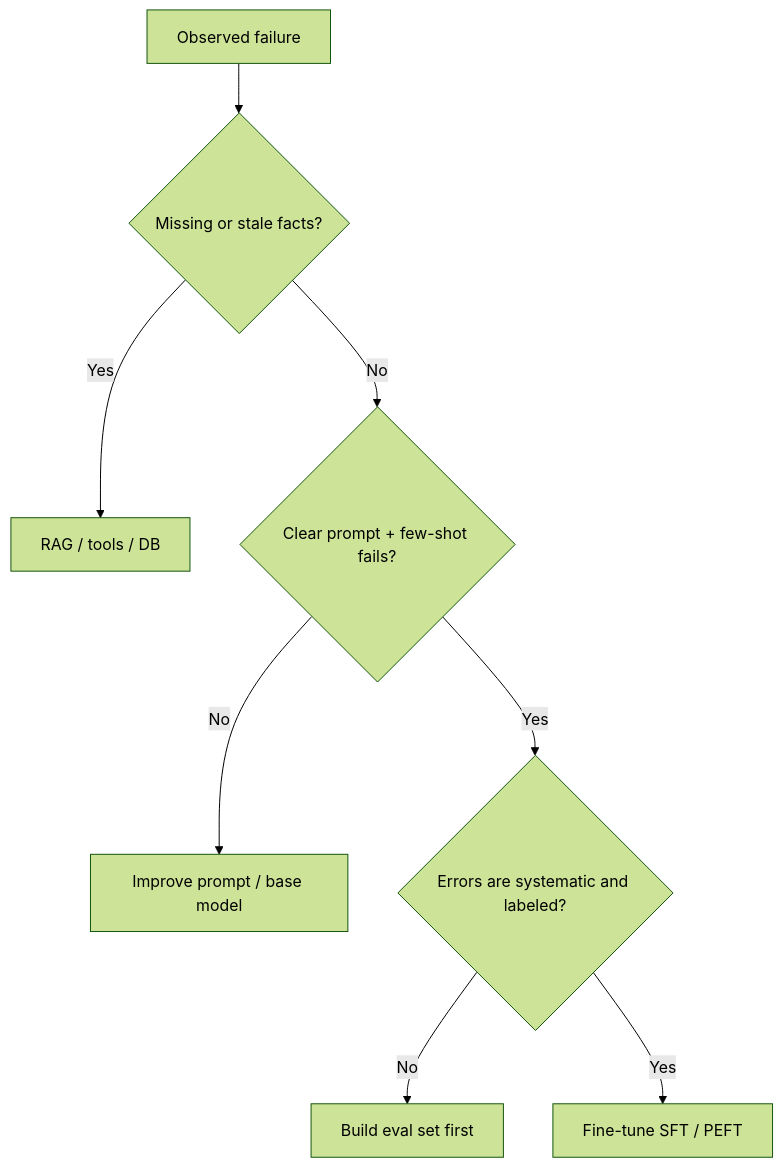
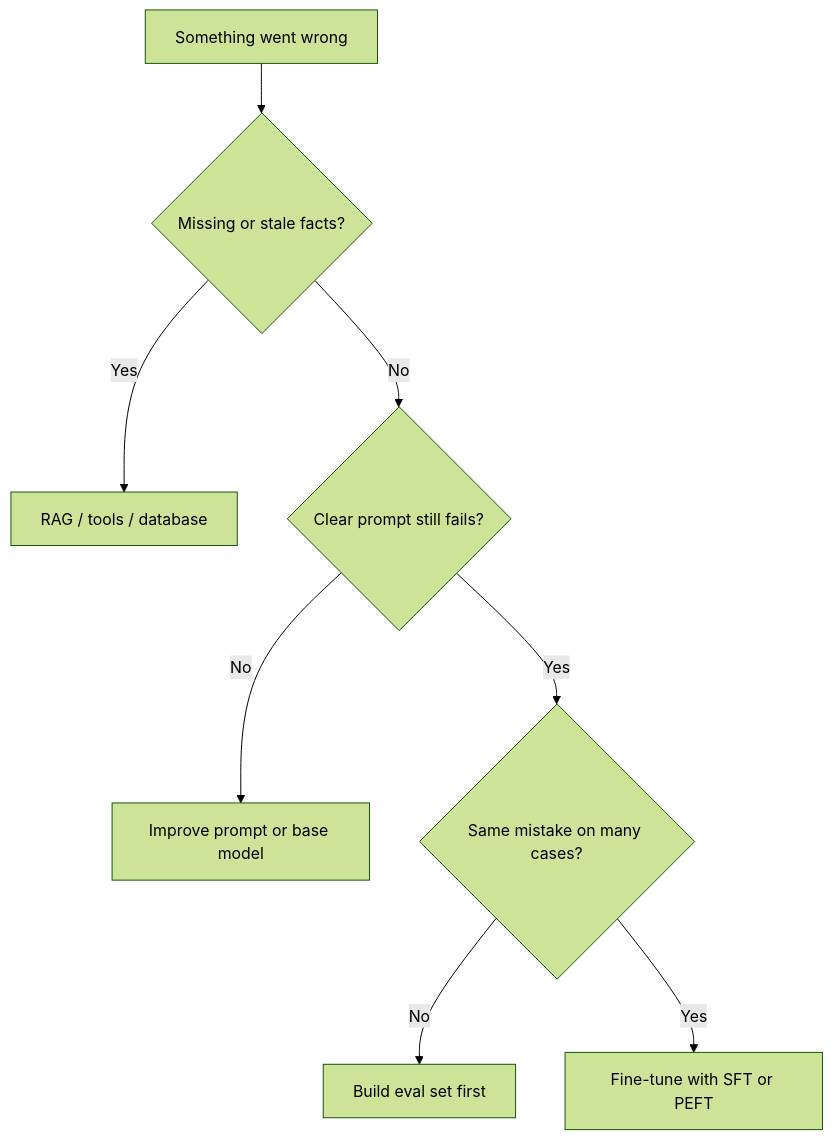
The diagram in content/genai/module-3-finetuning/session-1-fundamentals/01-when-to-finetune-vs-prompt-vs-rag.md (satishify/BackBenchLearner), drawn with Mermaid (forest theme) before and after one commit. The commit also changed other lines of this file and 199 other files, not shown here.

````diff
--- a/content/genai/module-3-finetuning/session-1-fundamentals/01-when-to-finetune-vs-prompt-vs-rag.md
+++ b/content/genai/module-3-finetuning/session-1-fundamentals/01-when-to-finetune-vs-prompt-vs-rag.md
@@ -33,10 +39,10 @@
 ```mermaid
 flowchart TD
-    F[Observed failure] --> Q1{Missing or stale facts?}
-    Q1 -->|Yes| RAG[RAG / tools / DB]
-    Q1 -->|No| Q2{Clear prompt + few-shot fails?}
-    Q2 -->|No| P[Improve prompt / base model]
-    Q2 -->|Yes| Q3{Errors are systematic and labeled?}
+    F[Something went wrong] --> Q1{Missing or stale facts?}
+    Q1 -->|Yes| RAG[RAG / tools / database]
+    Q1 -->|No| Q2{Clear prompt still fails?}
+    Q2 -->|No| P[Improve prompt or base model]
+    Q2 -->|Yes| Q3{Same mistake on many cases?}
     Q3 -->|No| E[Build eval set first]
-    Q3 -->|Yes| FT[Fine-tune SFT / PEFT]
+    Q3 -->|Yes| FT[Fine-tune with SFT or PEFT]
 ```
````
